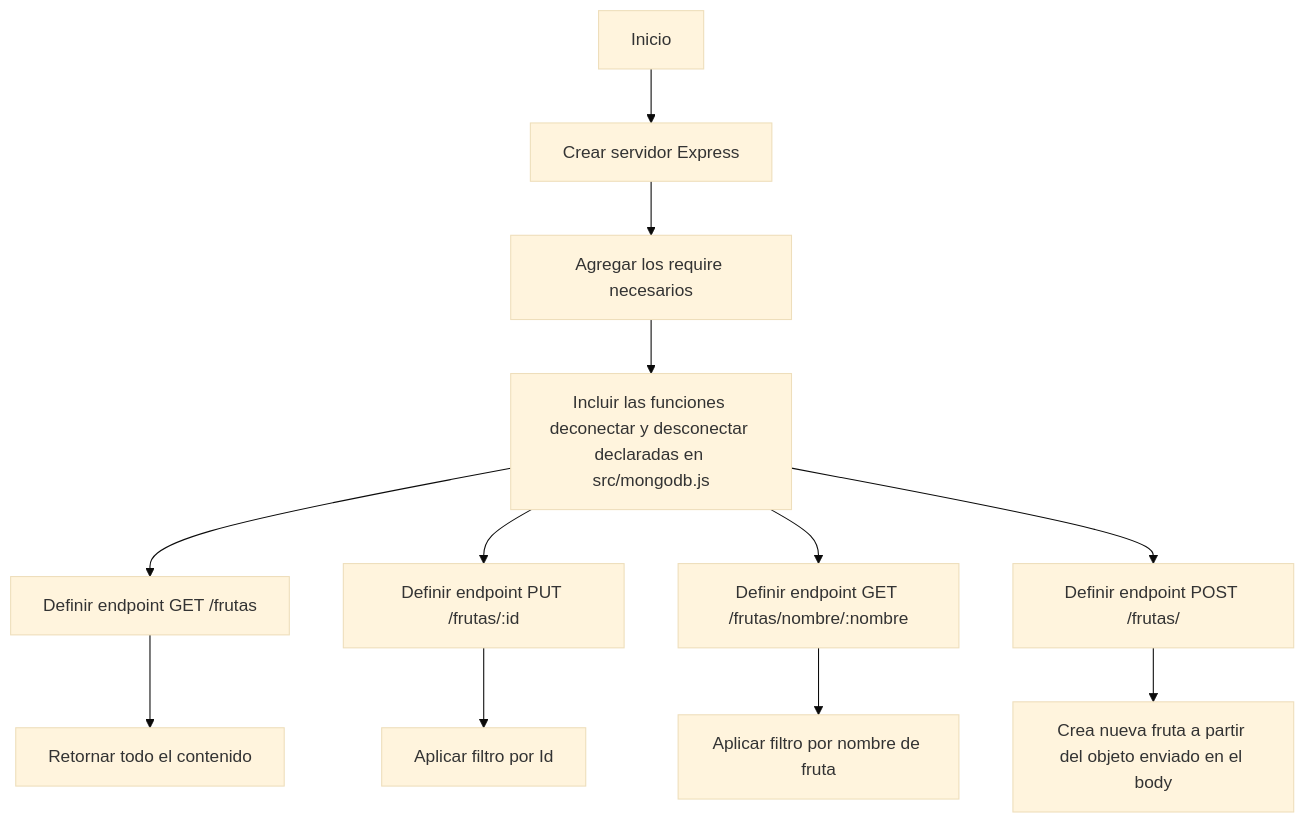
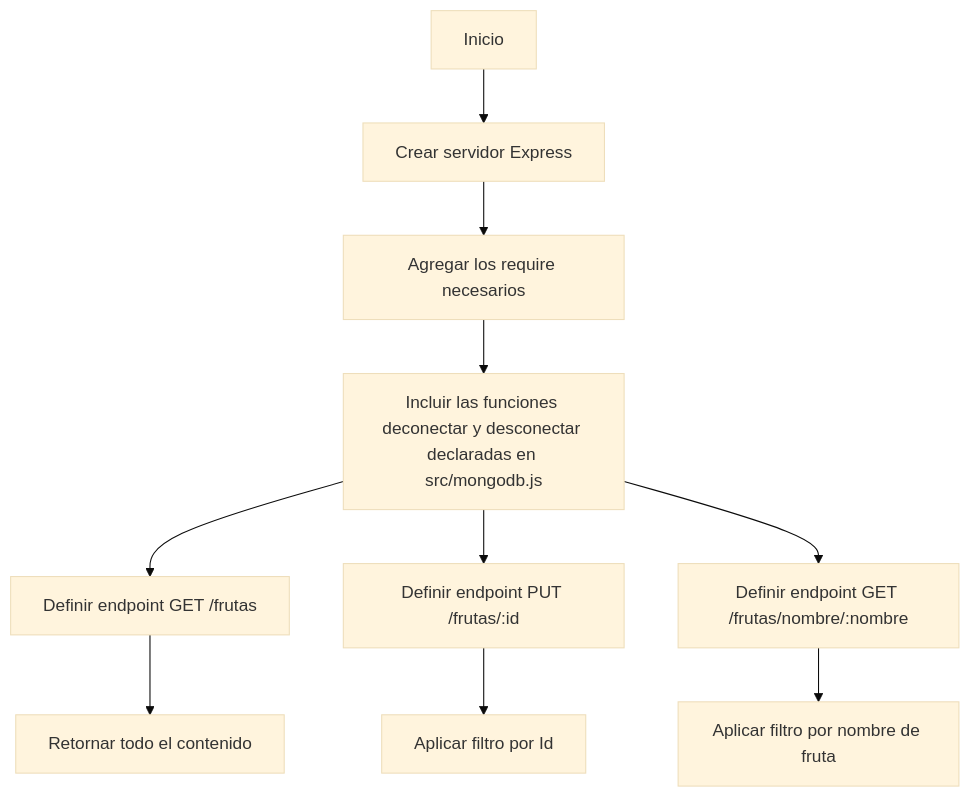
Before and after one commit to carolinamendez0/IngeniasTpIntegrador: the diagram in README.md, drawn with Mermaid (base theme).

Commit message:
se agregaron cambios, version final

````diff
--- a/README.md
+++ b/README.md
@@ -127,14 +127,12 @@
 ```mermaid
 graph TD
   A[Inicio] --> B[Crear servidor Express]
   B --> C[Agregar los require necesarios]
   C --> D[Incluir las funciones deconectar y desconectar declaradas en src/mongodb.js]
   D --> E[Definir endpoint GET /frutas]
   D --> F[Definir endpoint PUT /frutas/:id]
   D --> G[Definir endpoint GET /frutas/nombre/:nombre]
-  D --> H[Definir endpoint POST /frutas/]
   E --> I[Retornar todo el contenido]
   F --> J[Aplicar filtro por Id]
   G --> K[Aplicar filtro por nombre de fruta]
-  H --> L[Crea nueva fruta a partir del objeto enviado en el body]
 ```
````
